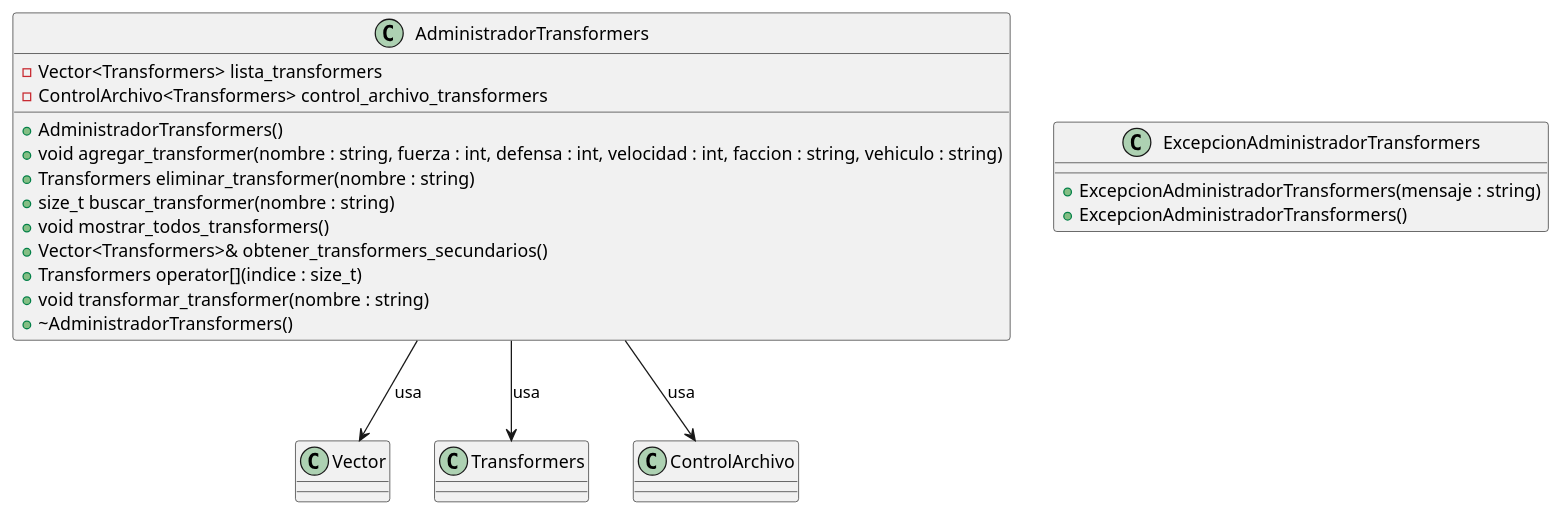
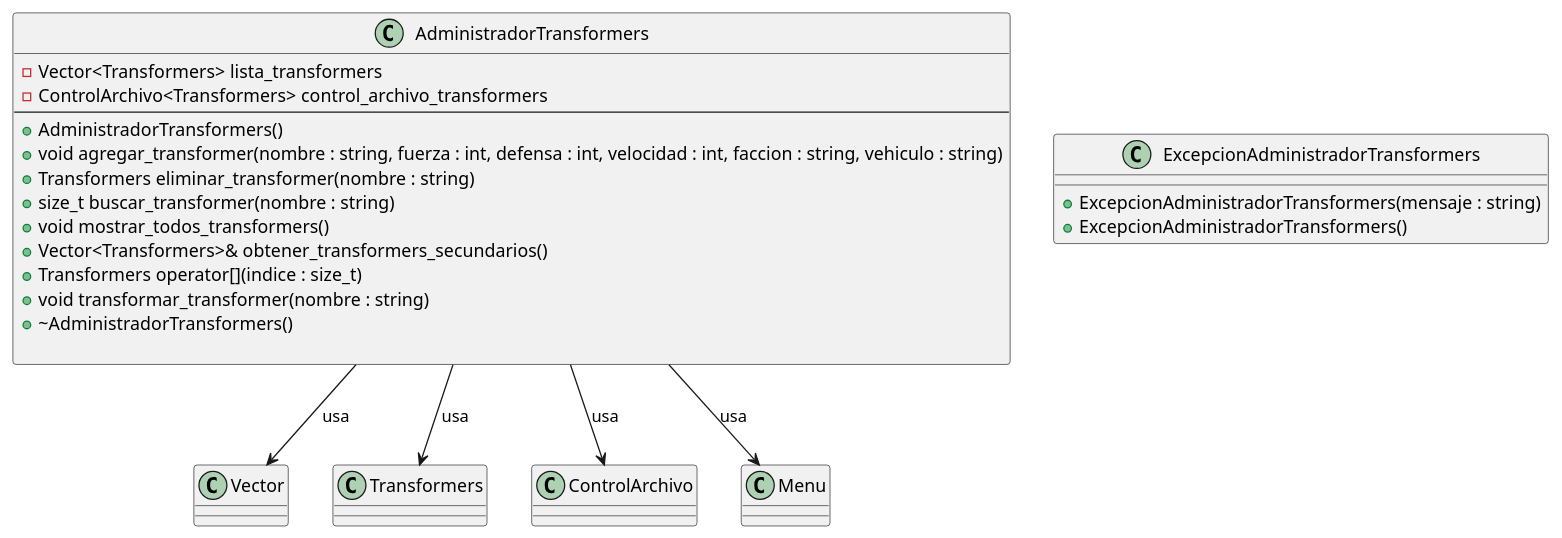
The diagram in Diagramas-UML/AdminTransformers.puml (guillsil/Transformers-Game), drawn with PlantUML before and after one commit.

Commit message:
Agregando relacion menu UML AdminTransformers

```diff
--- a/Diagramas-UML/AdminTransformers.puml
+++ b/Diagramas-UML/AdminTransformers.puml
@@ -1,31 +1,34 @@
 @startuml
 'https://plantuml.com/class-diagram
 class Vector
 class Transformers
 class ControlArchivo
+class Menu
 
 class ExcepcionAdministradorTransformers {
     + ExcepcionAdministradorTransformers(mensaje : string)
     + ExcepcionAdministradorTransformers()
 }
 
 class AdministradorTransformers{
     - Vector<Transformers> lista_transformers
     - ControlArchivo<Transformers> control_archivo_transformers
+    ---
     + AdministradorTransformers()
     + void agregar_transformer(nombre : string, fuerza : int, defensa : int, velocidad : int, faccion : string, vehiculo : string)
     + Transformers eliminar_transformer(nombre : string)
     + size_t buscar_transformer(nombre : string)
     + void mostrar_todos_transformers()
     + Vector<Transformers>& obtener_transformers_secundarios()
     + Transformers operator[](indice : size_t)
     + void transformar_transformer(nombre : string)
     + ~AdministradorTransformers()
 
 }
 
 ' Relaciones
 AdministradorTransformers --> Vector : "usa"
 AdministradorTransformers --> Transformers : "usa"
 AdministradorTransformers --> ControlArchivo : "usa"
+AdministradorTransformers --> Menu : "usa"
 @enduml
```
